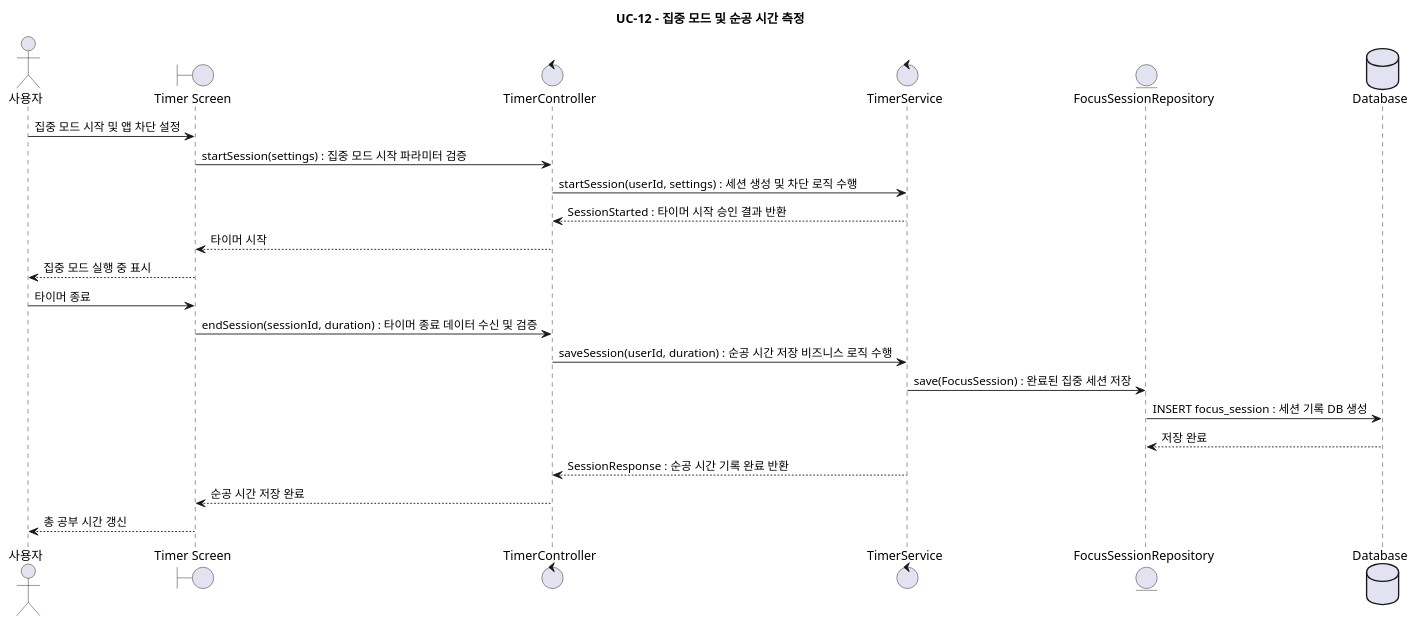
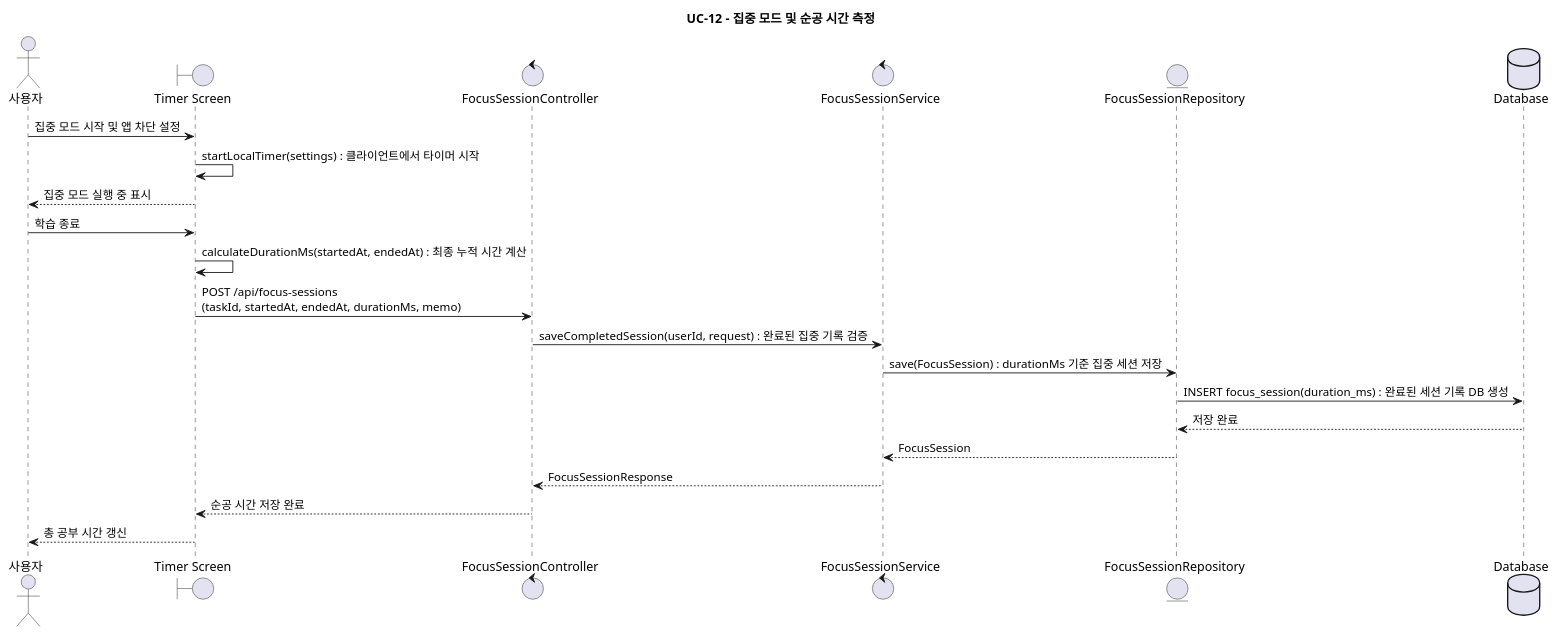
One commit to jeongiryang/SoftwareEngineering_team15_project_-Smart-Edu-Platform changed the ninth of 15 diagrams in docs/design/plantuml/sequence-diagrams.puml. Above: the diagram before and after it, drawn with PlantUML. The commit also changed 4 other files, not shown here.

```diff
--- a/docs/design/plantuml/sequence-diagrams.puml
+++ b/docs/design/plantuml/sequence-diagrams.puml
@@ -344,27 +344,26 @@
 @startuml UC12_FocusMode
 title UC-12 - 집중 모드 및 순공 시간 측정
 
 actor "사용자" as User
 boundary "Timer Screen" as UI
-control "TimerController" as TimerController
-control "TimerService" as TimerService
+control "FocusSessionController" as FocusSessionController
+control "FocusSessionService" as FocusSessionService
 entity "FocusSessionRepository" as FocusSessionRepository
 database "Database" as DB
 
 User -> UI: 집중 모드 시작 및 앱 차단 설정
-UI -> TimerController: startSession(settings) : 집중 모드 시작 파라미터 검증
-TimerController -> TimerService: startSession(userId, settings) : 세션 생성 및 차단 로직 수행
-TimerService --> TimerController: SessionStarted : 타이머 시작 승인 결과 반환
-TimerController --> UI: 타이머 시작
+UI -> UI: startLocalTimer(settings) : 클라이언트에서 타이머 시작
 UI --> User: 집중 모드 실행 중 표시
 
-User -> UI: 타이머 종료
-UI -> TimerController: endSession(sessionId, duration) : 타이머 종료 데이터 수신 및 검증
-TimerController -> TimerService: saveSession(userId, duration) : 순공 시간 저장 비즈니스 로직 수행
-TimerService -> FocusSessionRepository: save(FocusSession) : 완료된 집중 세션 저장
-FocusSessionRepository -> DB: INSERT focus_session : 세션 기록 DB 생성
+User -> UI: 학습 종료
+UI -> UI: calculateDurationMs(startedAt, endedAt) : 최종 누적 시간 계산
+UI -> FocusSessionController: POST /api/focus-sessions\n(taskId, startedAt, endedAt, durationMs, memo)
+FocusSessionController -> FocusSessionService: saveCompletedSession(userId, request) : 완료된 집중 기록 검증
+FocusSessionService -> FocusSessionRepository: save(FocusSession) : durationMs 기준 집중 세션 저장
+FocusSessionRepository -> DB: INSERT focus_session(duration_ms) : 완료된 세션 기록 DB 생성
 DB --> FocusSessionRepository: 저장 완료
-TimerService --> TimerController: SessionResponse : 순공 시간 기록 완료 반환
-TimerController --> UI: 순공 시간 저장 완료
+FocusSessionRepository --> FocusSessionService: FocusSession
+FocusSessionService --> FocusSessionController: FocusSessionResponse
+FocusSessionController --> UI: 순공 시간 저장 완료
 UI --> User: 총 공부 시간 갱신
 @enduml
```
